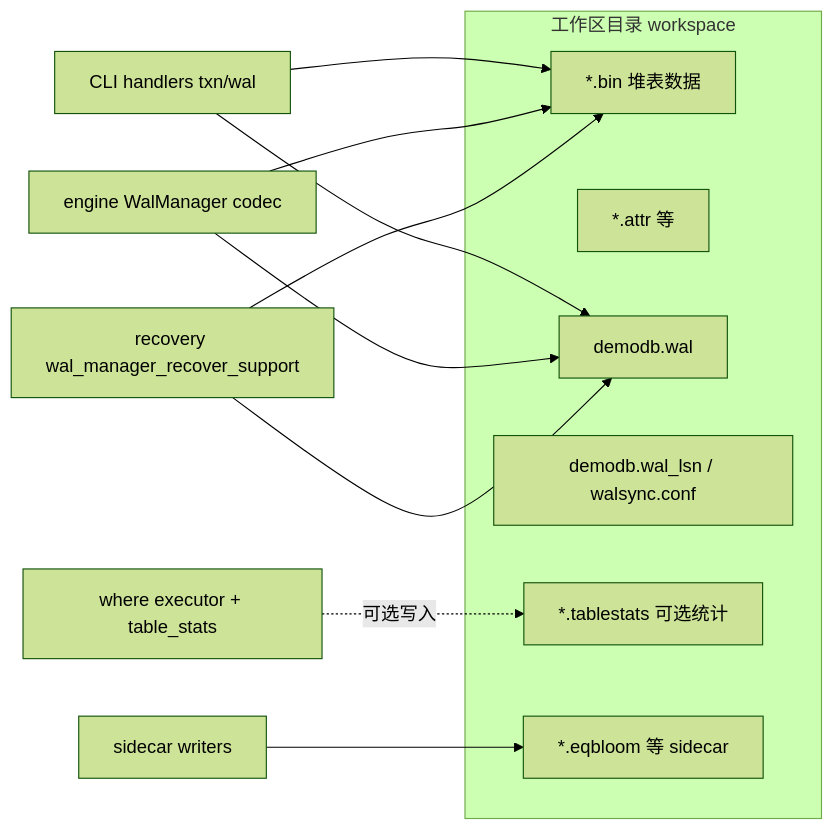
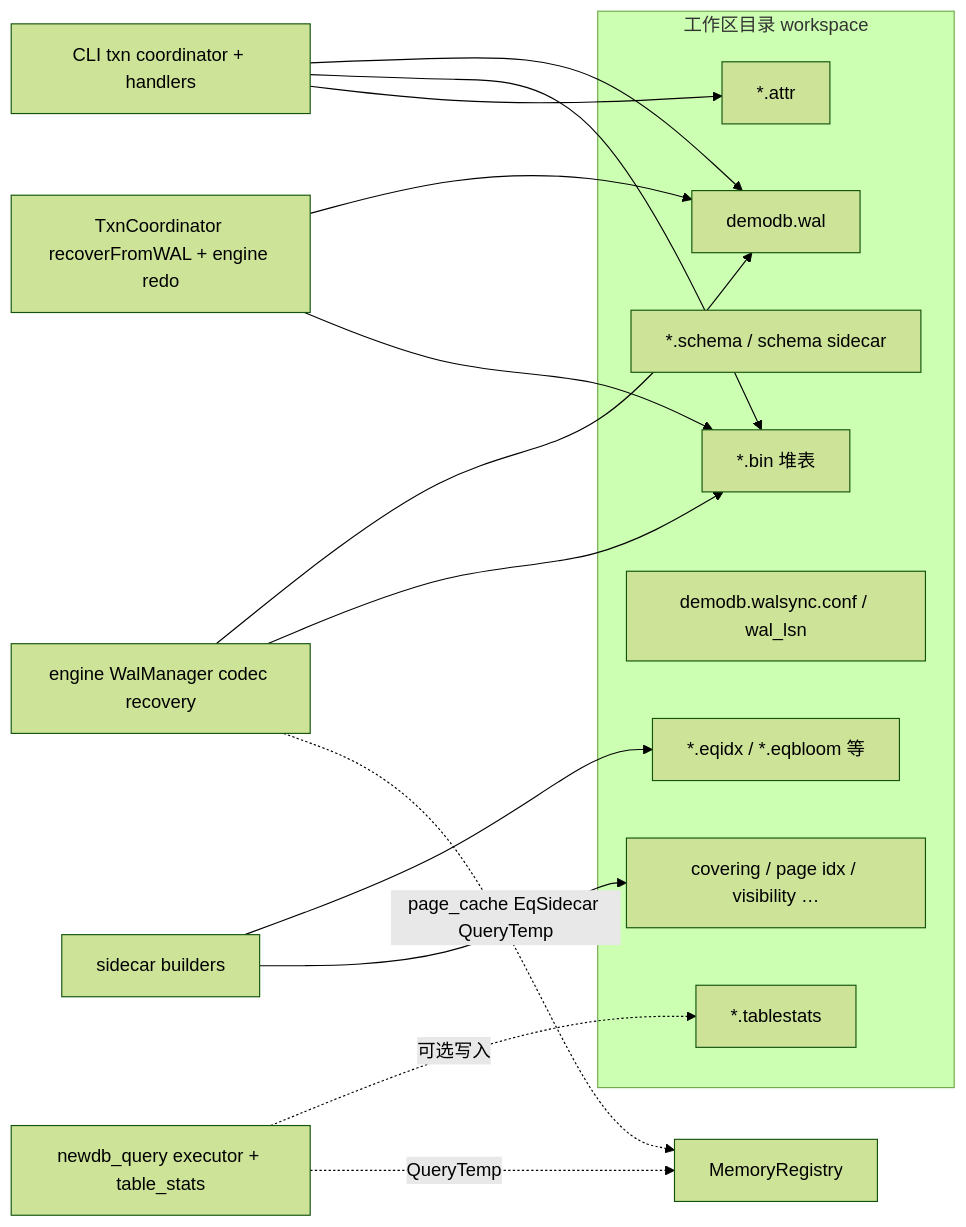
One commit to skyline019/database changed the seventh of 17 diagrams in newdb/docs/architecture/PROJECT_DATAFLOW_WHOLE.md. Above: the diagram before and after it, drawn with Mermaid (forest theme). The commit also changed other lines of this file, not shown here.

````diff
--- a/newdb/docs/architecture/PROJECT_DATAFLOW_WHOLE.md
+++ b/newdb/docs/architecture/PROJECT_DATAFLOW_WHOLE.md
@@ -244,20 +403,26 @@
 ```mermaid
 flowchart LR
   subgraph workspace["工作区目录 workspace"]
-    BIN["*.bin 堆表数据"]
-    ATTR["*.attr 等"]
+    BIN["*.bin 堆表"]
+    ATTR["*.attr"]
+    SCH["*.schema / schema sidecar"]
     WAL["demodb.wal"]
-    LSN["demodb.wal_lsn / walsync.conf"]
-    STATS["*.tablestats 可选统计"]
-    EQ["*.eqbloom 等 sidecar"]
+    SYNC["demodb.walsync.conf / wal_lsn"]
+    STATS["*.tablestats"]
+    EQ["*.eqidx / *.eqbloom 等"]
+    OTHER["covering / page idx / visibility …"]
   end
 
-  CLI[CLI handlers txn/wal] --> WAL
+  CLI[CLI txn coordinator + handlers] --> WAL
   CLI --> BIN
-  ENG[engine WalManager codec] --> WAL
+  CLI --> ATTR
+  ENG[engine WalManager codec recovery] --> WAL
   ENG --> BIN
-  REC[recovery wal_manager_recover_support] --> WAL
+  REC[TxnCoordinator recoverFromWAL + engine redo] --> WAL
   REC --> BIN
-  WHERE[where executor + table_stats] -.可选写入.-> STATS
-  SIDE[sidecar writers] --> EQ
+  WHERE[newdb_query executor + table_stats] -.可选写入.-> STATS
+  SIDE[sidecar builders] --> EQ
+  SIDE --> OTHER
+  ENG -.page_cache EqSidecar QueryTemp.-> MR[MemoryRegistry]
+  WHERE -.QueryTemp.-> MR
 ```
````
